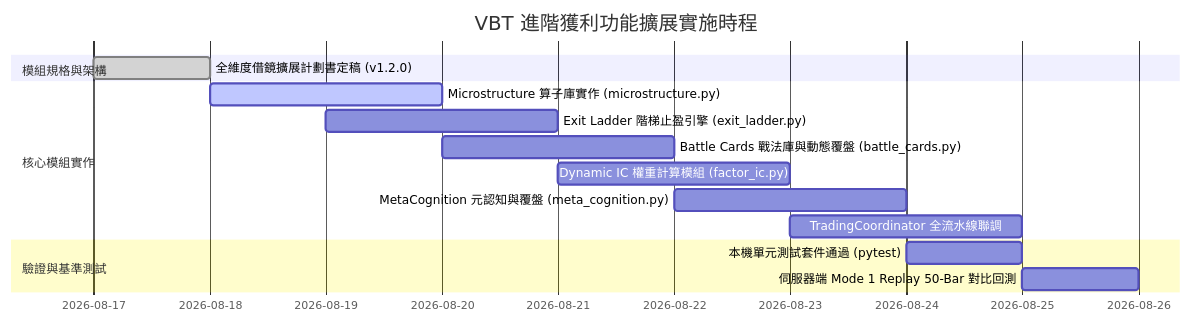
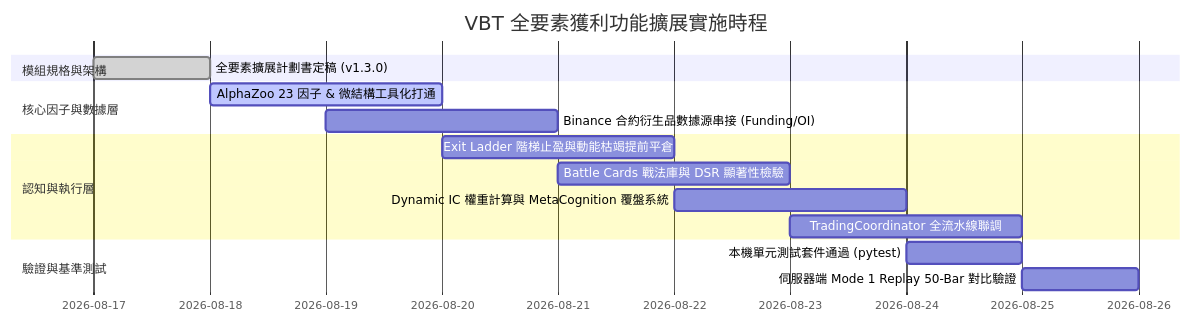
One commit to dimx9173/vibe-trading-encyc changed the fourth of 4 diagrams in docs/research/vbt-harvested-alpha-expansion-plan.md. Above: the diagram before and after it, drawn with Mermaid. The commit also changed other lines of this file, not shown here.

Commit message:
docs(research): upgrade expansion plan to v1.3.0 with AlphaZoo integration, derivatives layer, and DSR testing

````diff
--- a/docs/research/vbt-harvested-alpha-expansion-plan.md
+++ b/docs/research/vbt-harvested-alpha-expansion-plan.md
@@ -271,17 +205,18 @@
 ```mermaid
 gantt
-    title VBT 進階獲利功能擴展實施時程
+    title VBT 全要素獲利功能擴展實施時程
     dateFormat  YYYY-MM-DD
     section 模組規格與架構
-    全維度借鏡擴展計劃書定稿 (v1.2.0)               :done,    des1, 2026-08-17, 1d
-    section 核心模組實作
-    Microstructure 算子庫實作 (microstructure.py)      :active,  dev1, 2026-08-18, 2d
-    Exit Ladder 階梯止盈引擎 (exit_ladder.py)          :         dev2, 2026-08-19, 2d
-    Battle Cards 戰法庫與動態覆盤 (battle_cards.py)    :         dev3, 2026-08-20, 2d
-    Dynamic IC 權重計算模組 (factor_ic.py)            :         dev4, 2026-08-21, 2d
-    MetaCognition 元認知與覆盤 (meta_cognition.py)    :         dev5, 2026-08-22, 2d
-    TradingCoordinator 全流水線聯調                    :         dev6, 2026-08-23, 2d
+    全要素擴展計劃書定稿 (v1.3.0)                   :done,    des1, 2026-08-17, 1d
+    section 核心因子與數據層
+    AlphaZoo 23 因子 & 微結構工具化打通              :active,  dev1, 2026-08-18, 2d
+    Binance 合約衍生品數據源串接 (Funding/OI)        :         dev2, 2026-08-19, 2d
+    section 認知與執行層
+    Exit Ladder 階梯止盈與動能枯竭提前平倉            :         dev3, 2026-08-20, 2d
+    Battle Cards 戰法庫與 DSR 顯著性檢驗             :         dev4, 2026-08-21, 2d
+    Dynamic IC 權重計算與 MetaCognition 覆盤系統      :         dev5, 2026-08-22, 2d
+    TradingCoordinator 全流水線聯調                  :         dev6, 2026-08-23, 2d
     section 驗證與基準測試
-    本機單元測試套件通過 (pytest)                      :         val1, 2026-08-24, 1d
-    伺服器端 Mode 1 Replay 50-Bar 對比回測             :         val2, 2026-08-25, 1d
+    本機單元測試套件通過 (pytest)                    :         val1, 2026-08-24, 1d
+    伺服器端 Mode 1 Replay 50-Bar 對比驗證           :         val2, 2026-08-25, 1d
 ```
````
